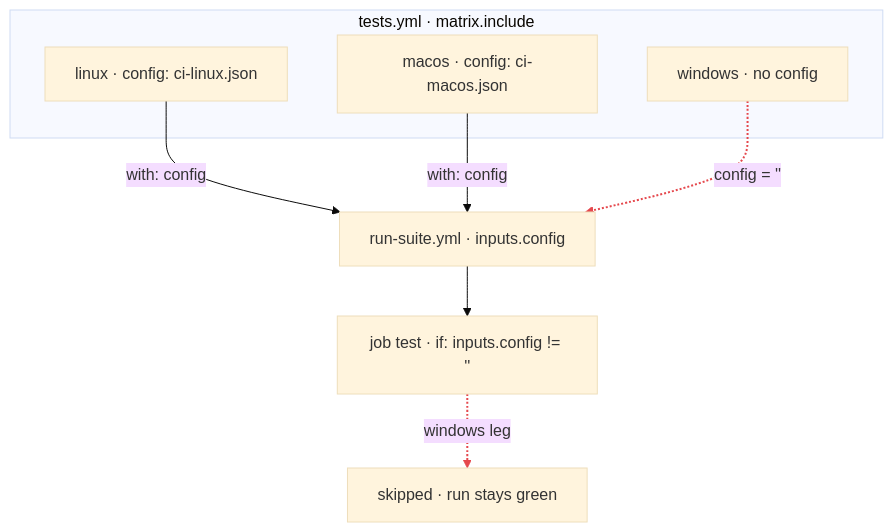
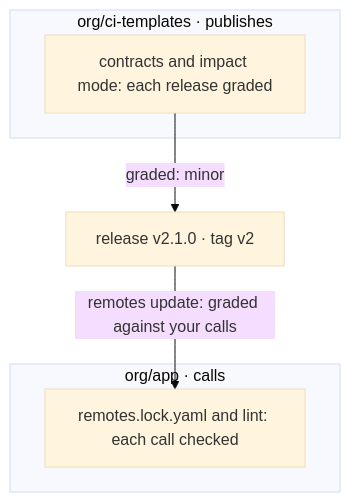
One commit to asml-actions-validation/flowpact changed the diagram in apps/docs/content/docs/(guide)/index.mdx. Above: the diagram before and after it, drawn with Mermaid (base theme). The commit also changed other lines of this file and 6 other files, not shown here.

````diff
--- a/apps/docs/content/docs/(guide)/index.mdx
+++ b/apps/docs/content/docs/(guide)/index.mdx
@@ -14,19 +18,13 @@
 ```mermaid
 flowchart TD
-  accTitle: How a value goes missing
-  subgraph T["tests.yml · matrix.include"]
-    L["linux · config: ci-linux.json"]
-    M["macos · config: ci-macos.json"]
-    W["windows · no config"]
+  accTitle: Both sides of a shared workflow
+  subgraph pub["org/ci-templates · publishes"]
+    C["contracts and impact mode: each release graded"]
   end
-  R["run-suite.yml · inputs.config"]
-  J["job test · if: inputs.config != ''"]
-  S["skipped · run stays green"]
-  L -->|"with: config"| R
-  M -->|"with: config"| R
-  W -.->|"config = ''"| R
-  R --> J
-  J -.->|"windows leg"| S
-  linkStyle 2 stroke:#e5484d,stroke-width:2px
-  linkStyle 4 stroke:#e5484d,stroke-width:2px
+  T["release v2.1.0 · tag v2"]
+  subgraph app["org/app · calls"]
+    L["remotes.lock.yaml and lint: each call checked"]
+  end
+  C -->|"graded: minor"| T
+  T -->|"remotes update: graded against your calls"| L
 ```
````
